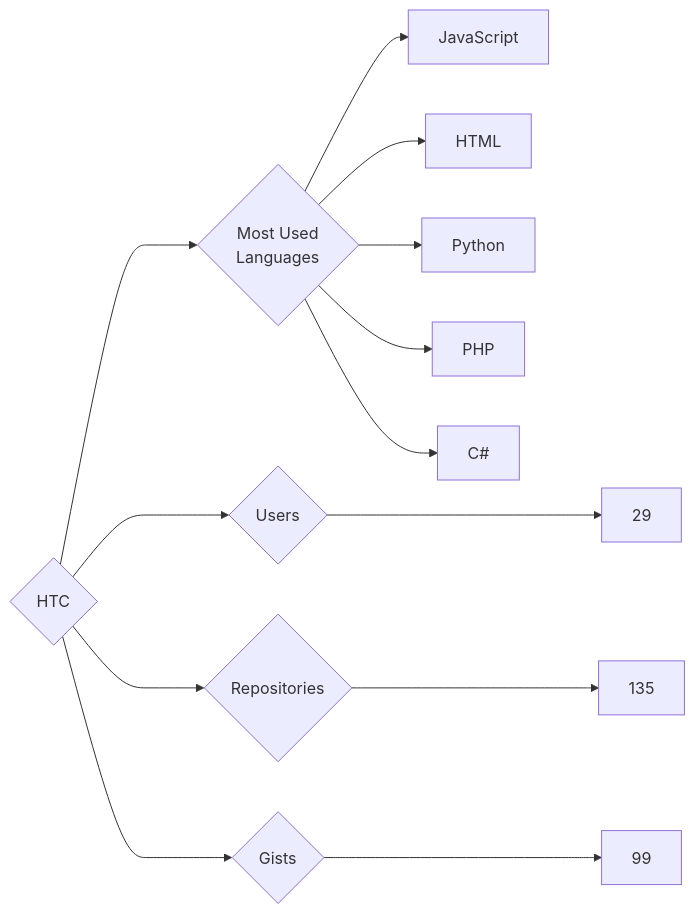
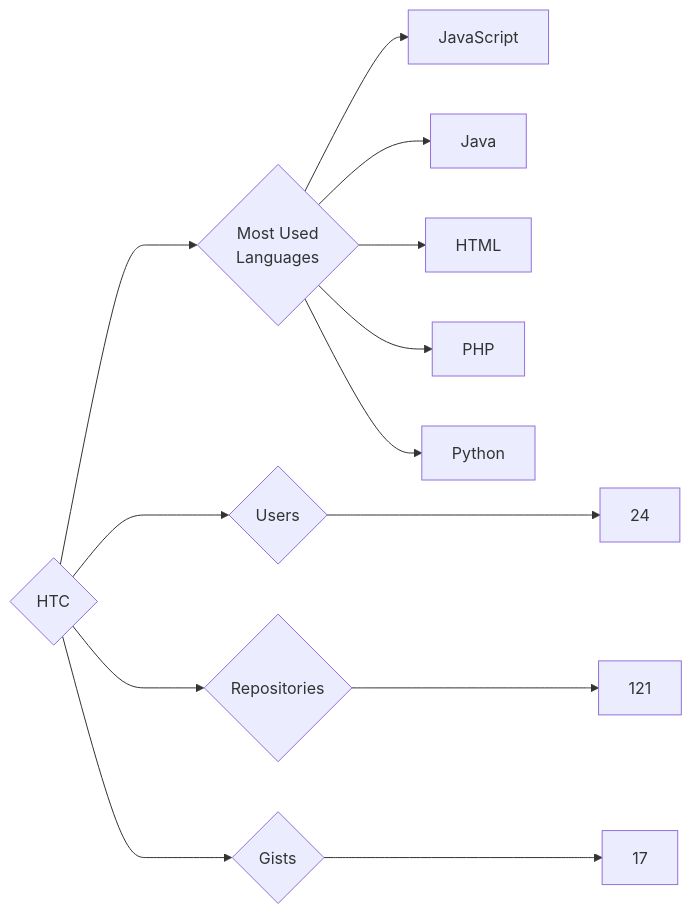
Before and after one commit to trickest/insiders: the diagram in targets/HTC/README.md, drawn with Mermaid. The commit also changed 782 other files, not shown here.

````diff
--- a/targets/HTC/README.md
+++ b/targets/HTC/README.md
@@ -3,13 +3,13 @@
 ```mermaid
 graph LR
 COMPANY_NAME{HTC}
-COMPANY_NAME ---> U{Users} ---> UN[29]
-COMPANY_NAME ---> R{Repositories} ---> RN[135]
-COMPANY_NAME ---> G{Gists} ---> GN[99]
+COMPANY_NAME ---> U{Users} ---> UN[24]
+COMPANY_NAME ---> R{Repositories} ---> RN[121]
+COMPANY_NAME ---> G{Gists} ---> GN[17]
 COMPANY_NAME ---> ML{Most Used<br>Languages}
 ML --> JavaScript[JavaScript]
+ML --> Java[Java]
 ML --> HTML[HTML]
+ML --> PHP[PHP]
 ML --> Python[Python]
-ML --> PHP[PHP]
-ML --> C#[C#]
 ```
````
